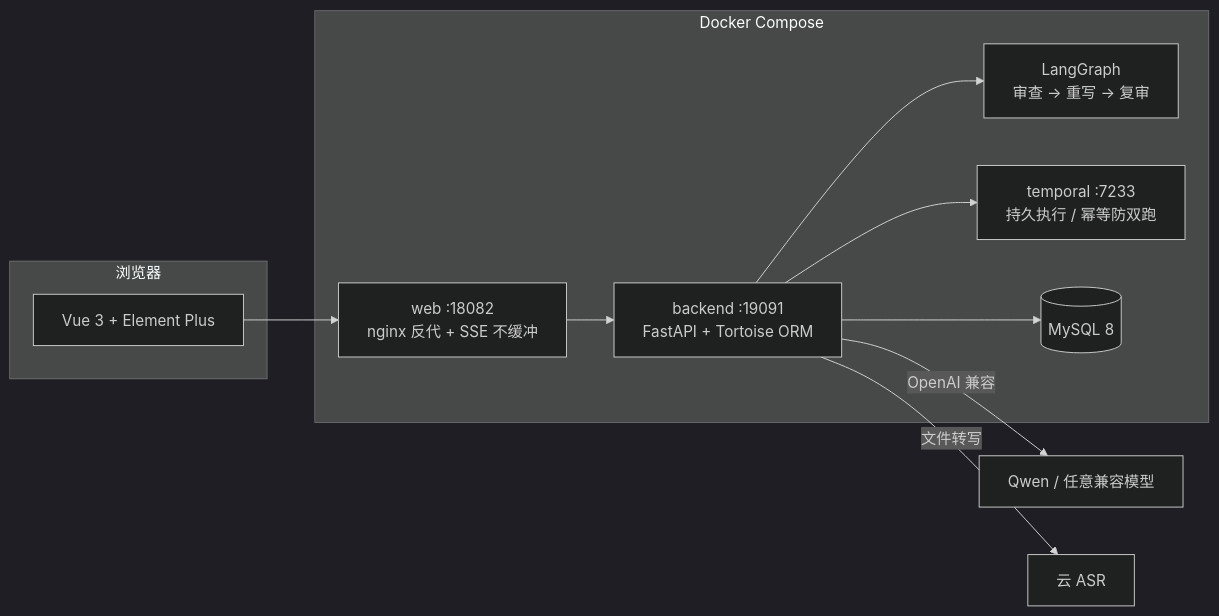
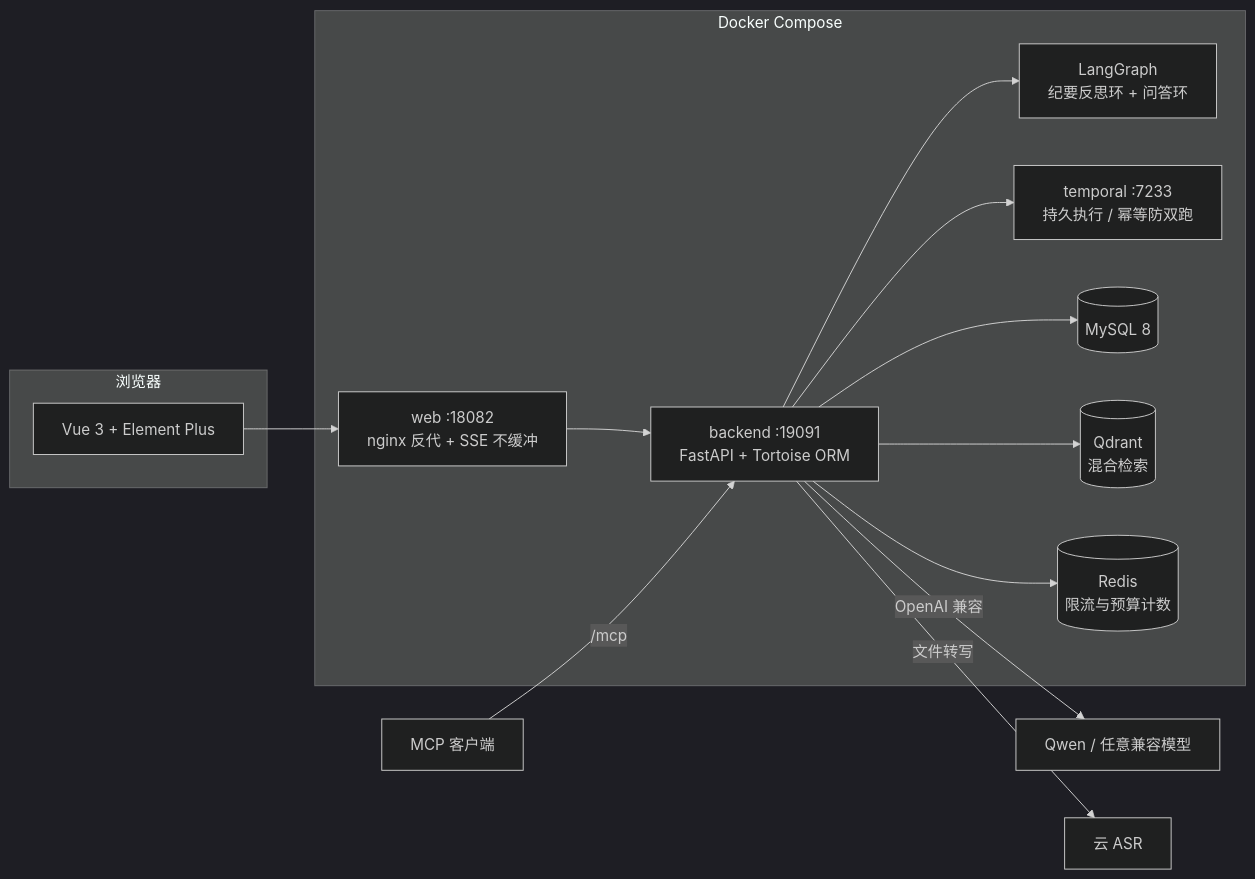
Before and after one commit to LittleSongxx/MeetingBot: the diagram in README.md, drawn with Mermaid (dark theme). The commit also changed other lines of this file and 14 other files, not shown here.

````diff
--- a/README.md
+++ b/README.md
@@ -69,19 +91,24 @@
 ```mermaid
 flowchart LR
     subgraph client[浏览器]
         UI[Vue 3 + Element Plus]
     end
     subgraph compose[Docker Compose]
         web[web :18082<br/>nginx 反代 + SSE 不缓冲]
         backend[backend :19091<br/>FastAPI + Tortoise ORM]
-        agent[LangGraph<br/>审查 → 重写 → 复审]
+        agent[LangGraph<br/>纪要反思环 + 问答环]
         temporal[temporal :7233<br/>持久执行 / 幂等防双跑]
         db[(MySQL 8)]
+        qdrant[(Qdrant<br/>混合检索)]
+        redis[(Redis<br/>限流与预算计数)]
     end
     UI --> web --> backend
     backend --> db
     backend --> temporal
     backend --> agent
+    backend --> qdrant
+    backend --> redis
     backend -->|OpenAI 兼容| LLM[Qwen / 任意兼容模型]
     backend -->|文件转写| ASR[云 ASR]
+    MCP[MCP 客户端] -->|/mcp| backend
 ```
````
